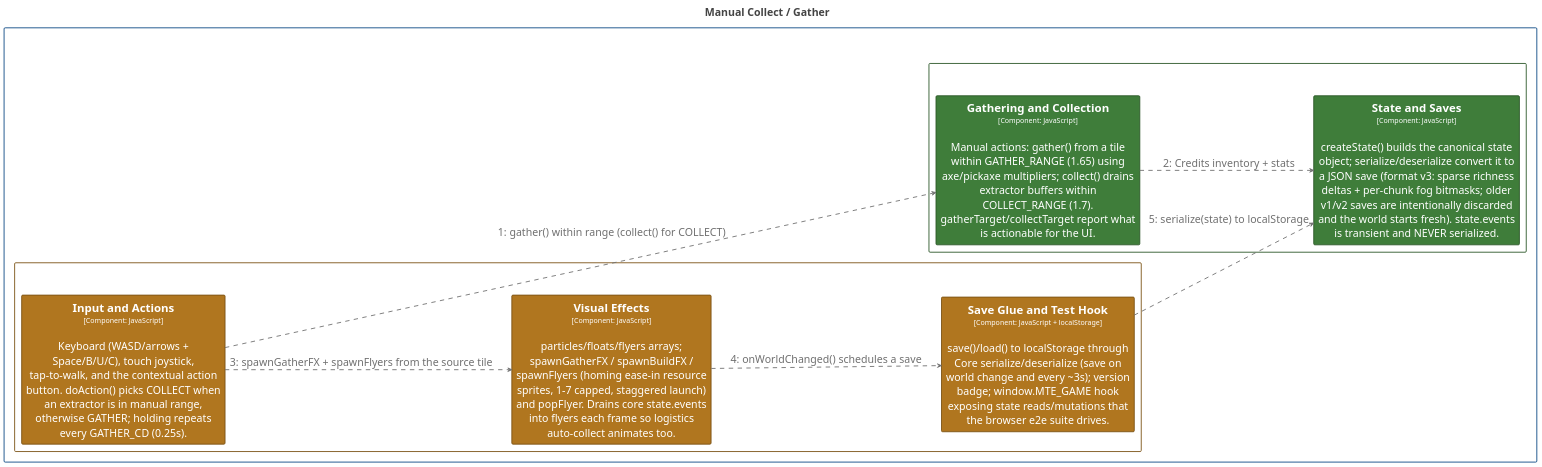
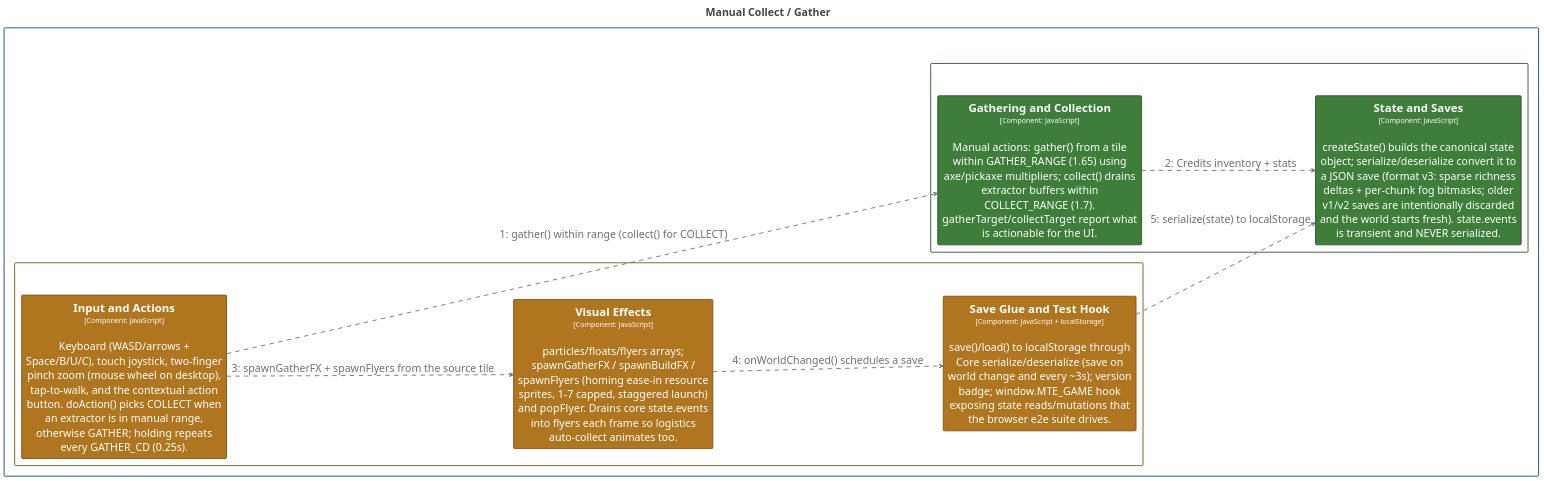
The diagram in structurizr/diagrams/CollectFlow.puml (bitkojine/more-than-enough), drawn with PlantUML before and after one commit. The commit also changed 17 other files, not shown here.

First line of the commit message:
v0.11.0: feat — pinch to zoom (two-finger + wheel), LOD far rendering

```diff
--- a/structurizr/diagrams/CollectFlow.puml
+++ b/structurizr/diagrams/CollectFlow.puml
@@ -2,103 +2,103 @@
 @startuml
 title <size:24>Manual Collect / Gather</size>
 
 set separator none
 left to right direction
 skinparam ranksep 20
 skinparam nodesep 5
 hide stereotype
 
 <style>
   root {
     BackgroundColor: #ffffff;
     FontColor: #444444;
   }
   // Element,Component,Core Engine
   .Element-RWxlbWVudCxDb21wb25lbnQsQ29yZSBFbmdpbmU= {
     BackgroundColor: #3f7d3a;
     LineColor: #2c5728;
     LineStyle: 0;
     LineThickness: 2;
     FontColor: #ffffff;
     FontSize: 24;
     HorizontalAlignment: center;
     Shadowing: 0;
     MaximumWidth: 450;
   }
   // Element,Component,Presentation
   .Element-RWxlbWVudCxDb21wb25lbnQsUHJlc2VudGF0aW9u {
     BackgroundColor: #b0761f;
     LineColor: #7b5215;
     LineStyle: 0;
     LineThickness: 2;
     FontColor: #ffffff;
     FontSize: 24;
     HorizontalAlignment: center;
     Shadowing: 0;
     MaximumWidth: 450;
   }
   // Relationship
   .Relationship-UmVsYXRpb25zaGlw {
     LineThickness: 2;
     LineStyle: 10-10;
     LineColor: #707070;
     FontColor: #707070;
     FontSize: 24;
     MaximumWidth: 200;
   }
   // MORE THAN ENOUGH
   .Boundary-TU9SRSBUSEFOIEVOT1VHSA== {
     BackgroundColor: #ffffff;
     LineColor: #0b4884;
     LineStyle: 0;
     LineThickness: 2;
     FontColor: #ffffff;
     FontSize: 24;
     HorizontalAlignment: center;
     Shadowing: 0;
   }
   // Simulation Core
   .Boundary-U2ltdWxhdGlvbiBDb3Jl {
     BackgroundColor: #ffffff;
     LineColor: #2c5728;
     LineStyle: 0;
     LineThickness: 2;
     FontColor: #ffffff;
     FontSize: 24;
     HorizontalAlignment: center;
     Shadowing: 0;
   }
   // Web Application
   .Boundary-V2ViIEFwcGxpY2F0aW9u {
     BackgroundColor: #ffffff;
     LineColor: #7b5215;
     LineStyle: 0;
     LineThickness: 2;
     FontColor: #ffffff;
     FontSize: 24;
     HorizontalAlignment: center;
     Shadowing: 0;
   }
 </style>
 
 rectangle "MORE THAN ENOUGH\n<size:16>[Software System]</size>" <<Boundary-TU9SRSBUSEFOIEVOT1VHSA==>> {
   rectangle "Simulation Core\n<size:16>[Container: JavaScript (ES5, browser + Node)]</size>" <<Boundary-U2ltdWxhdGlvbiBDb3Jl>> {
     rectangle "==State and Saves\n<size:16>[Component: JavaScript]</size>\n\ncreateState() builds the canonical state object; serialize/deserialize convert it to a JSON save (format v3: sparse richness deltas + per-chunk fog bitmasks; older v1/v2 saves are intentionally discarded and the world starts fresh). state.events is transient and NEVER serialized." <<Element-RWxlbWVudCxDb21wb25lbnQsQ29yZSBFbmdpbmU=>> as MORETHANENOUGH.SimulationCore.StateandSaves
     rectangle "==Gathering and Collection\n<size:16>[Component: JavaScript]</size>\n\nManual actions: gather() from a tile within GATHER_RANGE (1.65) using axe/pickaxe multipliers; collect() drains extractor buffers within COLLECT_RANGE (1.7). gatherTarget/collectTarget report what is actionable for the UI." <<Element-RWxlbWVudCxDb21wb25lbnQsQ29yZSBFbmdpbmU=>> as MORETHANENOUGH.SimulationCore.GatheringandCollection
   }
 
   rectangle "Web Application\n<size:16>[Container: HTML/CSS/JavaScript]</size>" <<Boundary-V2ViIEFwcGxpY2F0aW9u>> {
     rectangle "==Save Glue and Test Hook\n<size:16>[Component: JavaScript + localStorage]</size>\n\nsave()/load() to localStorage through Core serialize/deserialize (save on world change and every ~3s); version badge; window.MTE_GAME hook exposing state reads/mutations that the browser e2e suite drives." <<Element-RWxlbWVudCxDb21wb25lbnQsUHJlc2VudGF0aW9u>> as MORETHANENOUGH.WebApplication.SaveGlueandTestHook
-    rectangle "==Input and Actions\n<size:16>[Component: JavaScript]</size>\n\nKeyboard (WASD/arrows + Space/B/U/C), touch joystick, tap-to-walk, and the contextual action button. doAction() picks COLLECT when an extractor is in manual range, otherwise GATHER; holding repeats every GATHER_CD (0.25s)." <<Element-RWxlbWVudCxDb21wb25lbnQsUHJlc2VudGF0aW9u>> as MORETHANENOUGH.WebApplication.InputandActions
+    rectangle "==Input and Actions\n<size:16>[Component: JavaScript]</size>\n\nKeyboard (WASD/arrows + Space/B/U/C), touch joystick, two-finger pinch zoom (mouse wheel on desktop), tap-to-walk, and the contextual action button. doAction() picks COLLECT when an extractor is in manual range, otherwise GATHER; holding repeats every GATHER_CD (0.25s)." <<Element-RWxlbWVudCxDb21wb25lbnQsUHJlc2VudGF0aW9u>> as MORETHANENOUGH.WebApplication.InputandActions
     rectangle "==Visual Effects\n<size:16>[Component: JavaScript]</size>\n\nparticles/floats/flyers arrays; spawnGatherFX / spawnBuildFX / spawnFlyers (homing ease-in resource sprites, 1-7 capped, staggered launch) and popFlyer. Drains core state.events into flyers each frame so logistics auto-collect animates too." <<Element-RWxlbWVudCxDb21wb25lbnQsUHJlc2VudGF0aW9u>> as MORETHANENOUGH.WebApplication.VisualEffects
   }
 
 }
 
 MORETHANENOUGH.WebApplication.InputandActions --> MORETHANENOUGH.SimulationCore.GatheringandCollection <<Relationship-UmVsYXRpb25zaGlw>> : "1: gather() within range (collect() for COLLECT)"
 MORETHANENOUGH.SimulationCore.GatheringandCollection --> MORETHANENOUGH.SimulationCore.StateandSaves <<Relationship-UmVsYXRpb25zaGlw>> : "2: Credits inventory + stats"
 MORETHANENOUGH.WebApplication.InputandActions --> MORETHANENOUGH.WebApplication.VisualEffects <<Relationship-UmVsYXRpb25zaGlw>> : "3: spawnGatherFX + spawnFlyers from the source tile"
 MORETHANENOUGH.WebApplication.VisualEffects --> MORETHANENOUGH.WebApplication.SaveGlueandTestHook <<Relationship-UmVsYXRpb25zaGlw>> : "4: onWorldChanged() schedules a save"
 MORETHANENOUGH.WebApplication.SaveGlueandTestHook --> MORETHANENOUGH.SimulationCore.StateandSaves <<Relationship-UmVsYXRpb25zaGlw>> : "5: serialize(state) to localStorage"
 
 @enduml
```
